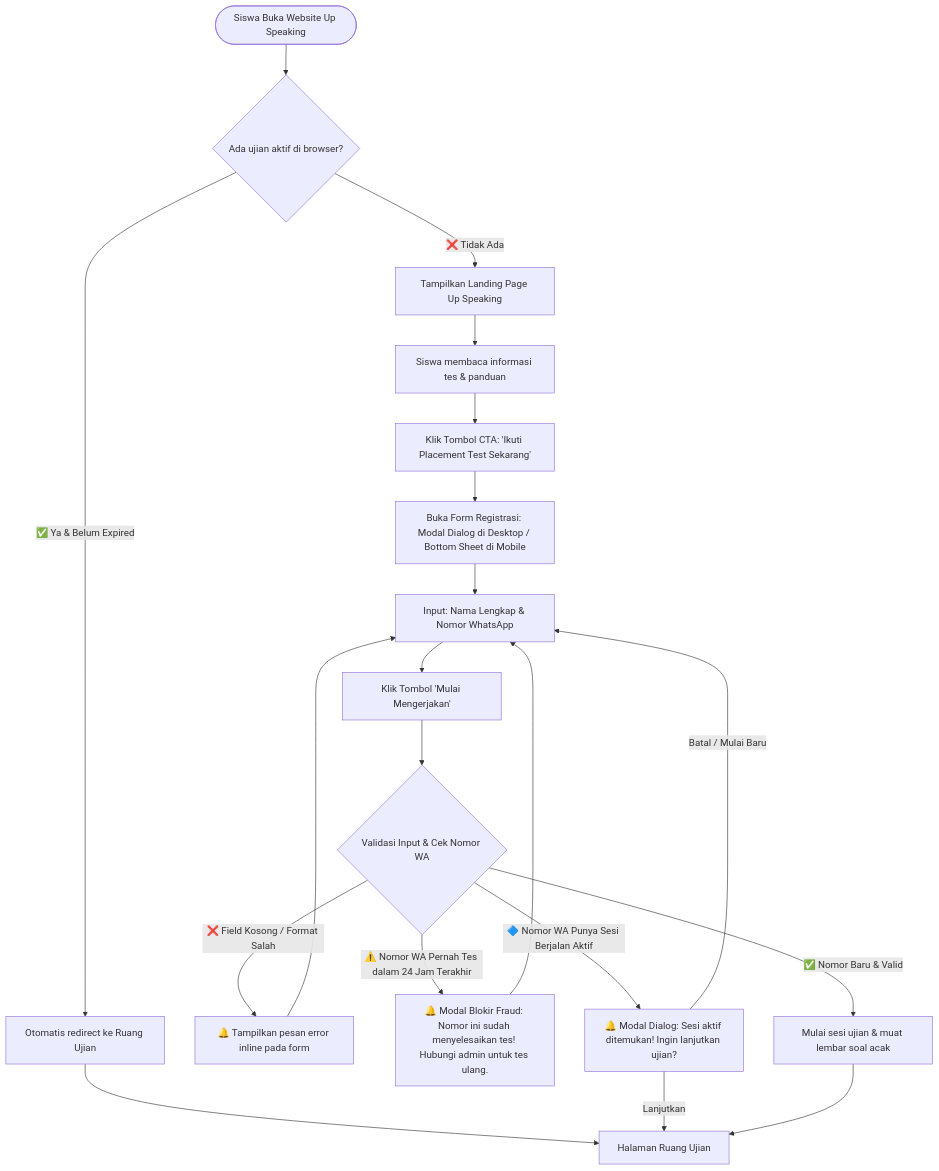
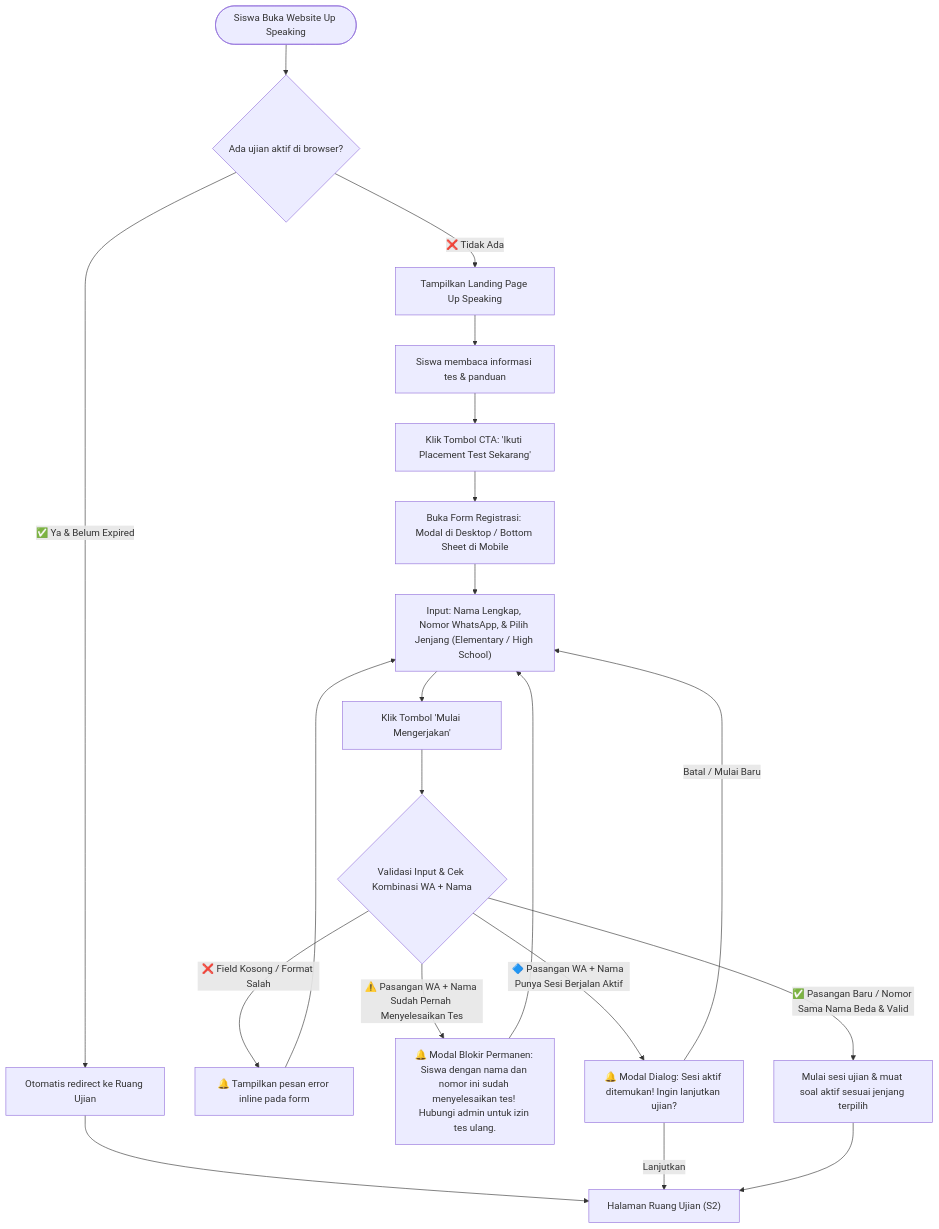
The first of 8 diagrams in UI_FLOW.md (septianof/up-speaking), drawn with Mermaid before and after one commit. The commit also changed other lines of this file and 3 other files, not shown here.

Commit message:
docs(specs): perbarui prd, ui-flow, task-breakdown, dan product.md untuk kebutuhan jenjang dan matrix level

````diff
--- a/UI_FLOW.md
+++ b/UI_FLOW.md
@@ -48,29 +49,29 @@
 ```mermaid
 flowchart TD
     A([Siswa Buka Website Up Speaking]) --> B{Ada ujian aktif di browser?}
     
     B -- ✅ Ya & Belum Expired --> C[Otomatis redirect ke Ruang Ujian]
-    C --> J["Halaman Ruang Ujian"]
+    C --> J["Halaman Ruang Ujian (S2)"]
 
     B -- ❌ Tidak Ada --> D[Tampilkan Landing Page Up Speaking]
     D --> E[Siswa membaca informasi tes & panduan]
     E --> F[Klik Tombol CTA: 'Ikuti Placement Test Sekarang']
 
-    F --> G[Buka Form Registrasi: Modal Dialog di Desktop / Bottom Sheet di Mobile]
-    G --> H[Input: Nama Lengkap & Nomor WhatsApp]
+    F --> G[Buka Form Registrasi: Modal di Desktop / Bottom Sheet di Mobile]
+    G --> H["Input: Nama Lengkap, Nomor WhatsApp, & Pilih Jenjang (Elementary / High School)"]
     H --> I[Klik Tombol 'Mulai Mengerjakan']
 
-    I --> K{Validasi Input & Cek Nomor WA}
+    I --> K{Validasi Input & Cek Kombinasi WA + Nama}
     K -- ❌ Field Kosong / Format Salah --> L[🔔 Tampilkan pesan error inline pada form]
     L --> H
 
-    K -- ⚠️ Nomor WA Pernah Tes dalam 24 Jam Terakhir --> M[🔔 Modal Blokir Fraud: Nomor ini sudah menyelesaikan tes! Hubungi admin untuk tes ulang.]
+    K -- ⚠️ Pasangan WA + Nama Sudah Pernah Menyelesaikan Tes --> M["🔔 Modal Blokir Permanen: Siswa dengan nama dan nomor ini sudah menyelesaikan tes! Hubungi admin untuk izin tes ulang."]
     M --> H
 
-    K -- 🔷 Nomor WA Punya Sesi Berjalan Aktif --> N[🔔 Modal Dialog: Sesi aktif ditemukan! Ingin lanjutkan ujian?]
+    K -- 🔷 Pasangan WA + Nama Punya Sesi Berjalan Aktif --> N[🔔 Modal Dialog: Sesi aktif ditemukan! Ingin lanjutkan ujian?]
     N -- Batal / Mulai Baru --> H
     N -- Lanjutkan --> J
 
-    K -- ✅ Nomor Baru & Valid --> O[Mulai sesi ujian & muat lembar soal acak]
+    K -- ✅ Pasangan Baru / Nomor Sama Nama Beda & Valid --> O[Mulai sesi ujian & muat soal aktif sesuai jenjang terpilih]
     O --> J
 ```
````
